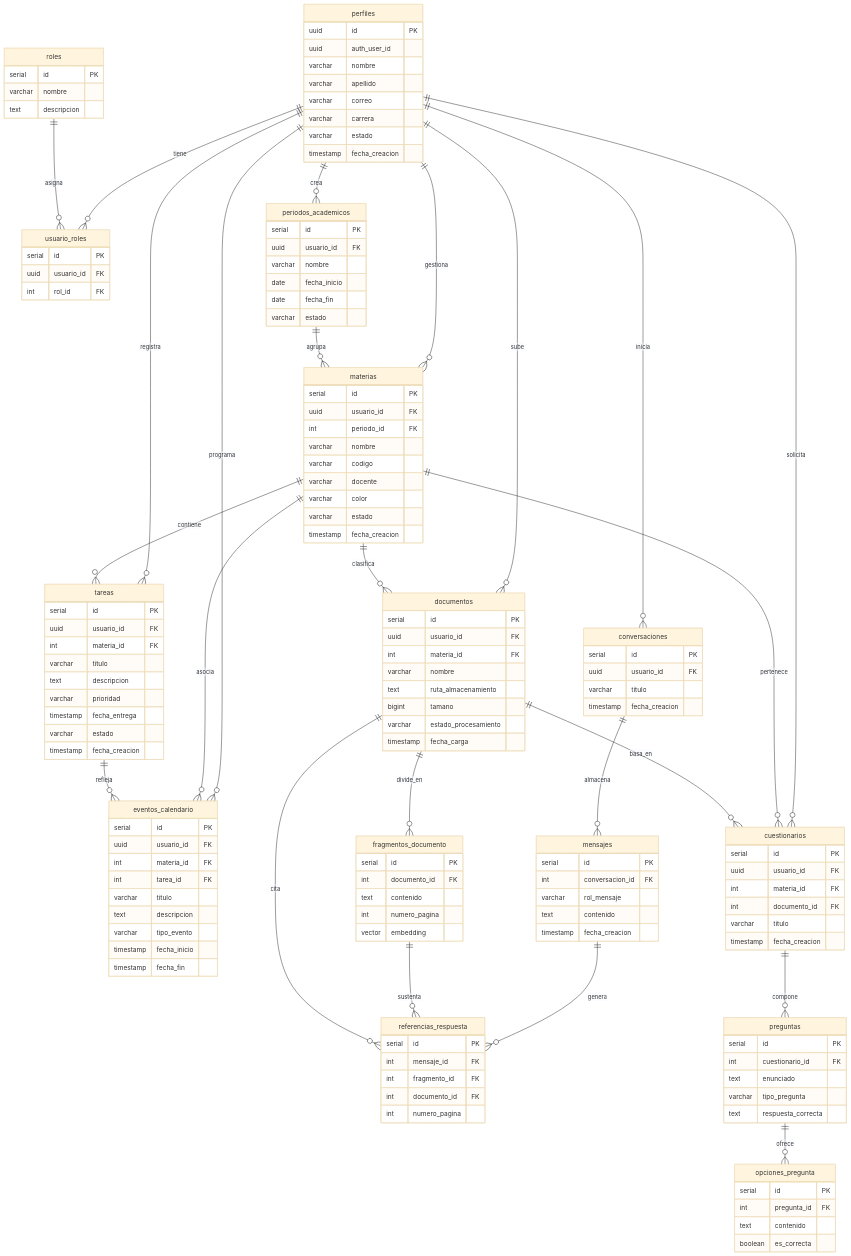
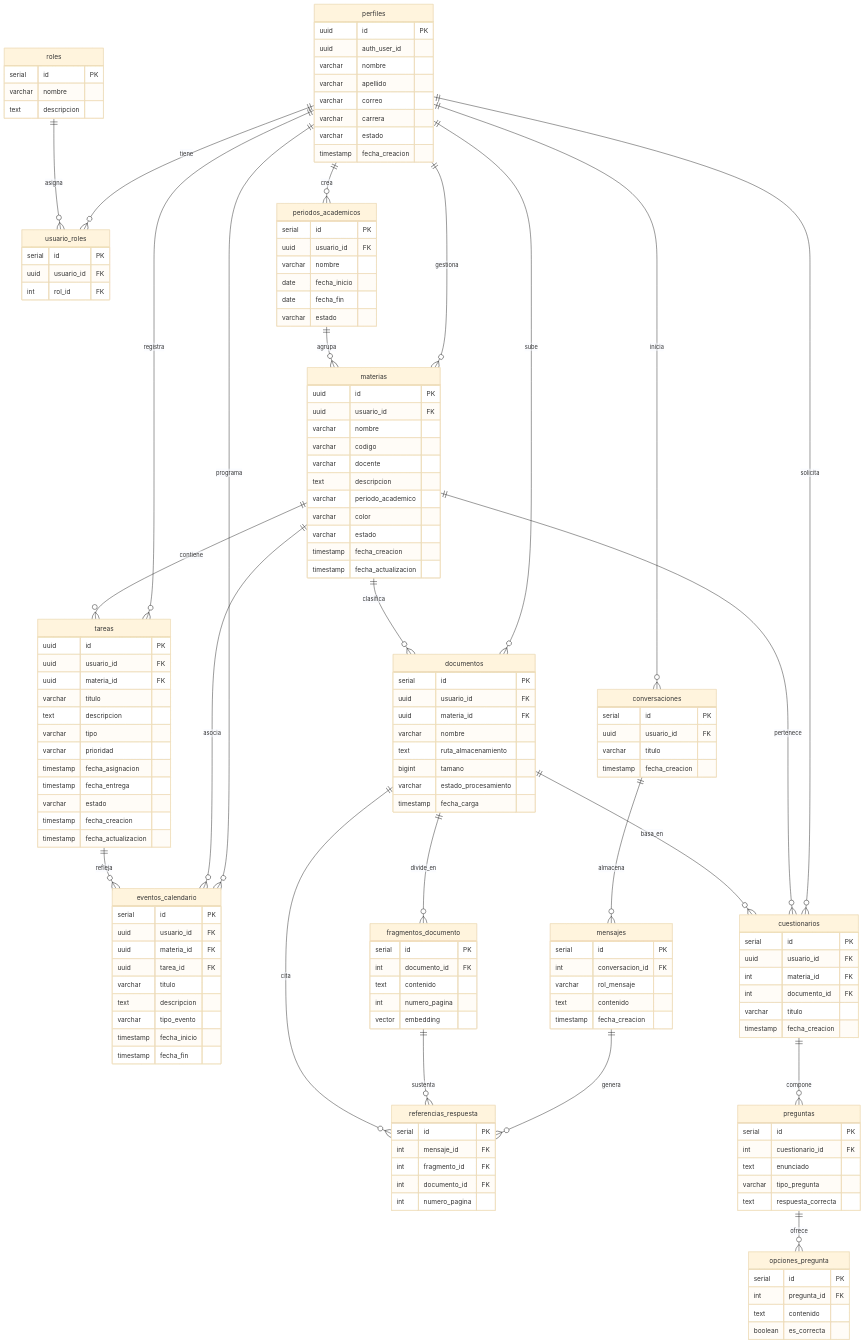
The diagram in docs/base-datos.md (dgschahvqvc17/MINGO-UPDS), drawn with Mermaid (base theme) before and after one commit. The commit also changed other lines of this file and 33 other files, not shown here.

```diff
--- a/docs/base-datos.md
+++ b/docs/base-datos.md
@@ -105,34 +112,39 @@
     }
 
     materias {
-        serial id PK
+        uuid id PK
         uuid usuario_id FK
-        int periodo_id FK
         varchar nombre
         varchar codigo
         varchar docente
+        text descripcion
+        varchar periodo_academico
         varchar color
         varchar estado
         timestamp fecha_creacion
+        timestamp fecha_actualizacion
     }
 
     tareas {
-        serial id PK
+        uuid id PK
         uuid usuario_id FK
-        int materia_id FK
+        uuid materia_id FK
         varchar titulo
         text descripcion
+        varchar tipo
         varchar prioridad
+        timestamp fecha_asignacion
         timestamp fecha_entrega
         varchar estado
         timestamp fecha_creacion
+        timestamp fecha_actualizacion
     }
 
     eventos_calendario {
         serial id PK
         uuid usuario_id FK
-        int materia_id FK
-        int tarea_id FK
+        uuid materia_id FK
+        uuid tarea_id FK
         varchar titulo
         text descripcion
         varchar tipo_evento
@@ -143,7 +155,7 @@
     documentos {
         serial id PK
         uuid usuario_id FK
-        int materia_id FK
+        uuid materia_id FK
         varchar nombre
         text ruta_almacenamiento
         bigint tamano
```
